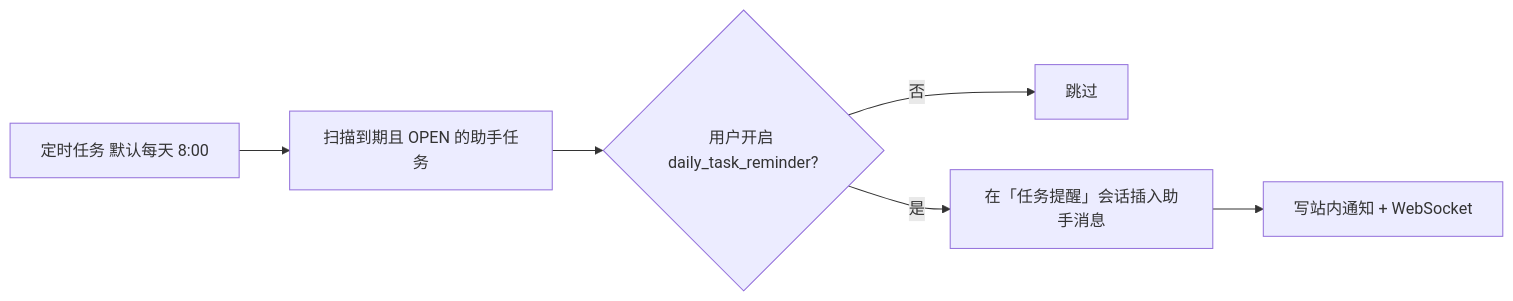
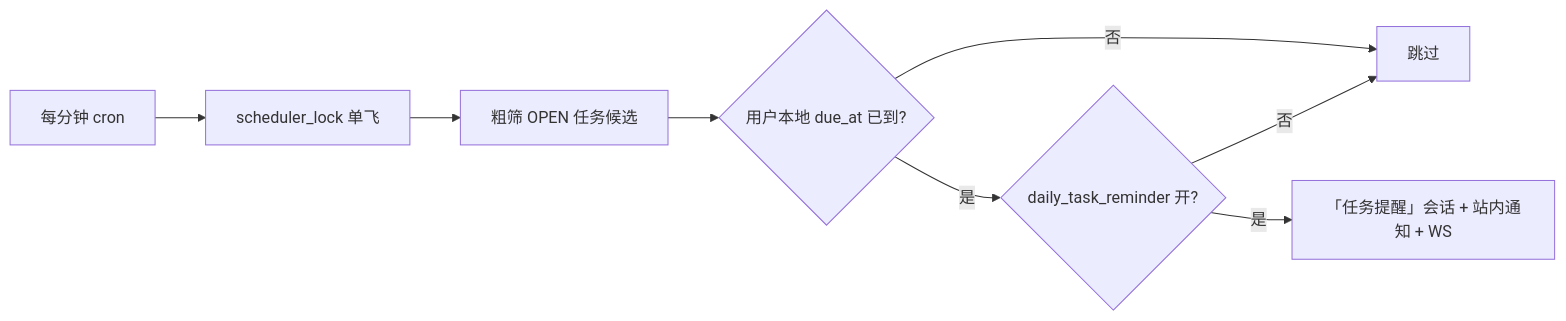
Before and after one commit to 123Logos/ai_gp: the second of 3 diagrams in md文档/AI对话与助手任务-流程说明.md, drawn with Mermaid. The commit also changed other lines of this file and 53 other files, not shown here.

````diff
--- a/md文档/AI对话与助手任务-流程说明.md
+++ b/md文档/AI对话与助手任务-流程说明.md
@@ -96,8 +96,10 @@
 ```mermaid
 flowchart LR
-    T[定时任务 默认每天 8:00] --> U[扫描到期且 OPEN 的助手任务]
-    U --> V{用户开启 daily_task_reminder?}
-    V -->|否| W[跳过]
-    V -->|是| X[在「任务提醒」会话插入助手消息]
-    X --> Y[写站内通知 + WebSocket]
+    T[每分钟 cron] --> L[scheduler_lock 单飞]
+    L --> U[粗筛 OPEN 任务候选]
+    U --> Z{用户本地 due_at 已到?}
+    Z -->|否| W[跳过]
+    Z -->|是| V{daily_task_reminder 开?}
+    V -->|否| W
+    V -->|是| X[「任务提醒」会话 + 站内通知 + WS]
 ```
````
